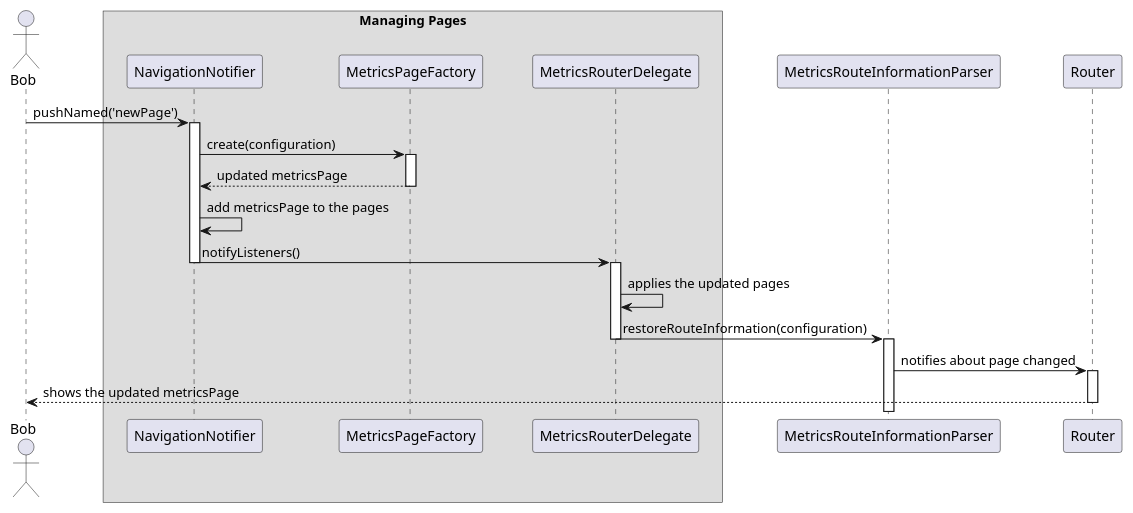
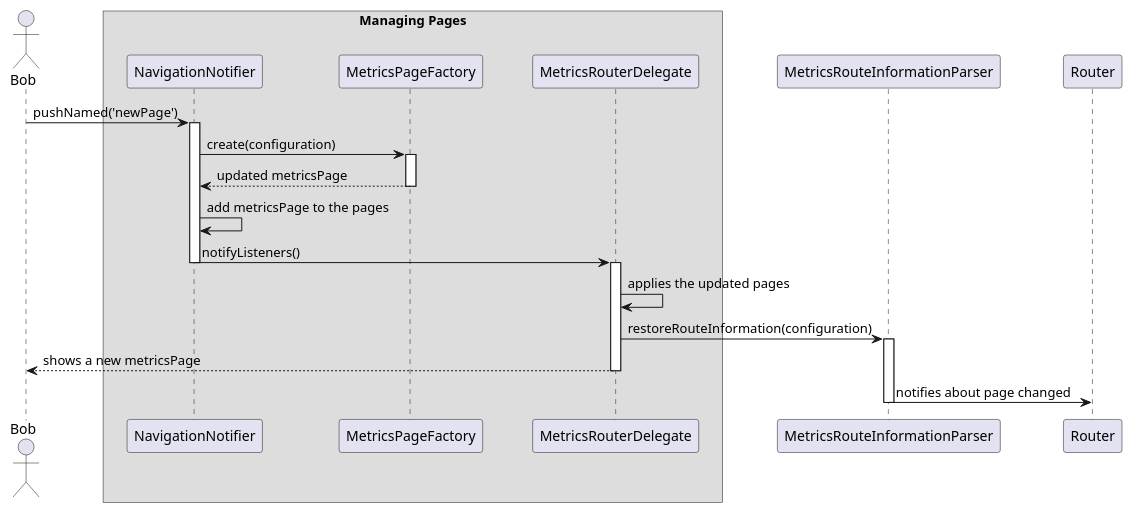
Before and after one commit to Flank/flank-dashboard: the diagram in metrics/web/docs/features/navigation/diagrams/internal_navigation_sequence_diagram.puml, drawn with PlantUML.

Commit message:
fix internal sequence diagram

```diff
--- a/metrics/web/docs/features/navigation/diagrams/internal_navigation_sequence_diagram.puml
+++ b/metrics/web/docs/features/navigation/diagrams/internal_navigation_sequence_diagram.puml
@@ -1,44 +1,45 @@
 @startuml internal_navigation_sequence_diagram
 skinparam ParticipantPadding 20
 skinparam BoxPadding 10
 
 actor Bob
 
 
 
 box Managing Pages
 participant NavigationNotifier
 participant MetricsPageFactory
 participant MetricsRouterDelegate
 endbox
 
 participant MetricsRouteInformationParser
 
 participant Router
 
 Bob -> NavigationNotifier : pushNamed('newPage')
 activate NavigationNotifier
 
 NavigationNotifier -> MetricsPageFactory : create(configuration)
 activate MetricsPageFactory
 
 return updated metricsPage
 
 NavigationNotifier -> NavigationNotifier : add metricsPage to the pages
 
 NavigationNotifier -> MetricsRouterDelegate : notifyListeners()
 deactivate NavigationNotifier
 activate MetricsRouterDelegate
 
 MetricsRouterDelegate -> MetricsRouterDelegate: applies the updated pages
 
 MetricsRouterDelegate -> MetricsRouteInformationParser : restoreRouteInformation(configuration)
-deactivate MetricsRouterDelegate
 activate MetricsRouteInformationParser
 
+MetricsRouterDelegate --> Bob : shows a new metricsPage
+deactivate MetricsRouterDelegate
+
 MetricsRouteInformationParser -> Router : notifies about page changed
-activate Router
 
-Router --> Bob : shows the updated metricsPage
-deactivate Router
+deactivate MetricsRouteInformationParser
+
 @enduml
```
